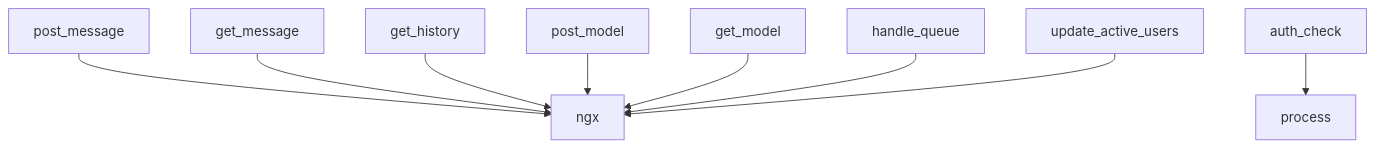
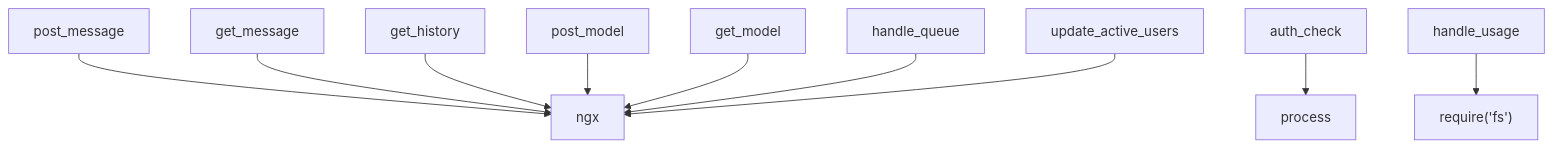
The diagram in docs/variables'n'functions/JavaScript/broadcast.md (DovahkiinYuzuko/ddo-saba), drawn with Mermaid before and after one commit. The commit also changed other lines of this file and 11 other files, not shown here.

````diff
--- a/docs/variables'n'functions/JavaScript/broadcast.md
+++ b/docs/variables'n'functions/JavaScript/broadcast.md
@@ -92,11 +103,12 @@
 ```mermaid
 graph TD
     post_message --> ngx
     get_message --> ngx
     get_history --> ngx
     post_model --> ngx
     get_model --> ngx
     handle_queue --> ngx
     update_active_users --> ngx
     auth_check --> process
+    handle_usage --> fs["require('fs')"]
 ```
````
